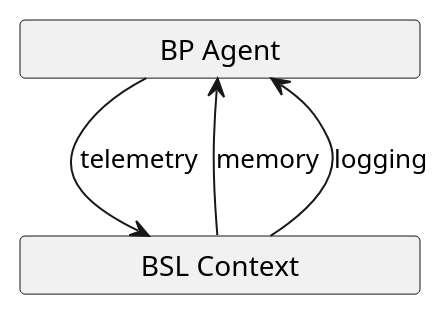
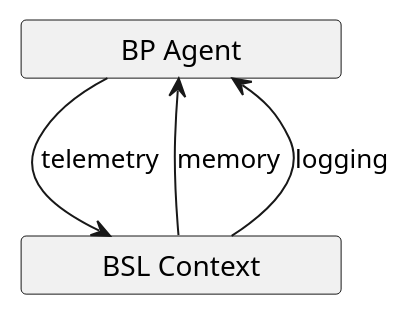
One commit to NASA-AMMOS/BSL-docs changed the diagram in user-guide/static/secondary-associations.puml. Above: the diagram before and after it, drawn with PlantUML. The commit also changed 2 other files, not shown here.

Commit message:
Language and diagram cleanup. Reference specific BSL artifact names.

```diff
--- a/user-guide/static/secondary-associations.puml
+++ b/user-guide/static/secondary-associations.puml
@@ -1,17 +1,17 @@
 @startuml
 hide circle
 hide members
 skinparam ClassAttributeIconSize 0
-skinparam minClassWidth 200
+skinparam minClassWidth 160
 
 class "BP Agent" as BPA {
 }
 
 class "BSL Context" as BSL {
 }
 
 BSL --> BPA : memory
 BSL --> BPA : logging
 BPA --> BSL : telemetry
 
 @enduml
```
